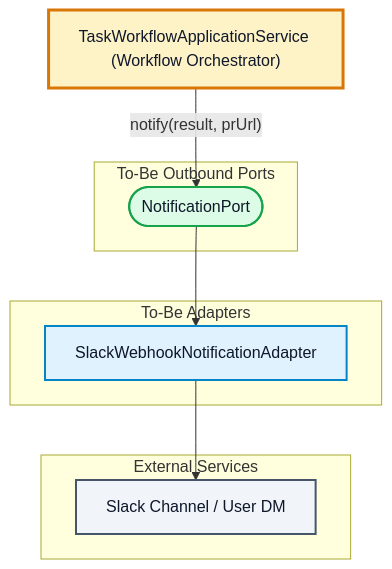
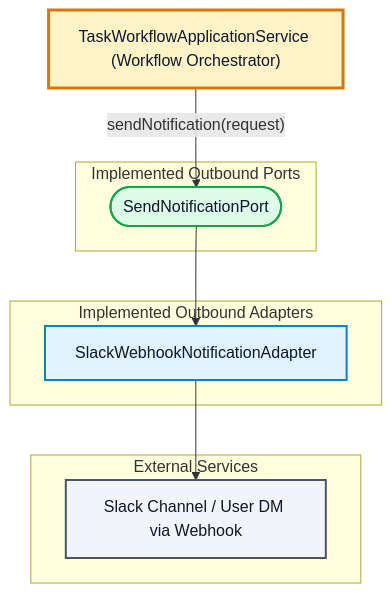
The second of 4 diagrams in docs/ARCHITECTURE.md (celikfatih/synapse), drawn with Mermaid before and after one commit. The commit also changed other lines of this file and 35 other files, not shown here.

Commit message:
feat: add Slack integration for task submission and notification delivery

````diff
--- a/docs/ARCHITECTURE.md
+++ b/docs/ARCHITECTURE.md
@@ -149,23 +160,23 @@
 ```mermaid
 flowchart TD
     classDef core fill:#fef3c7,stroke:#d97706,stroke-width:3px,color:#0f172a
     classDef port fill:#dcfce7,stroke:#16a34a,stroke-width:2px,color:#0f172a
     classDef adapter fill:#e0f2fe,stroke:#0284c7,stroke-width:2px,color:#0f172a
     classDef external fill:#f1f5f9,stroke:#475569,stroke-width:2px,color:#0f172a
 
     AppService["TaskWorkflowApplicationService (Workflow Orchestrator)"]:::core
 
-    subgraph FUTURE_PORTS [To-Be Outbound Ports]
-        NotifyPort(["NotificationPort"]):::port
+    subgraph OUTBOUND_PORTS [Implemented Outbound Ports]
+        NotifyPort(["SendNotificationPort"]):::port
     end
 
-    subgraph FUTURE_ADAPTERS [To-Be Adapters]
+    subgraph OUTBOUND_ADAPTERS [Implemented Outbound Adapters]
         SlackNotifyAdapter["SlackWebhookNotificationAdapter"]:::adapter
     end
 
     subgraph EXTERNAL_SYSTEMS [External Services]
-        Slack["Slack Channel / User DM"]:::external
+        Slack["Slack Channel / User DM via Webhook"]:::external
     end
 
-    AppService -->|"notify(result, prUrl)"| NotifyPort --> SlackNotifyAdapter --> Slack
+    AppService -->|"sendNotification(request)"| NotifyPort --> SlackNotifyAdapter --> Slack
 ```
````
